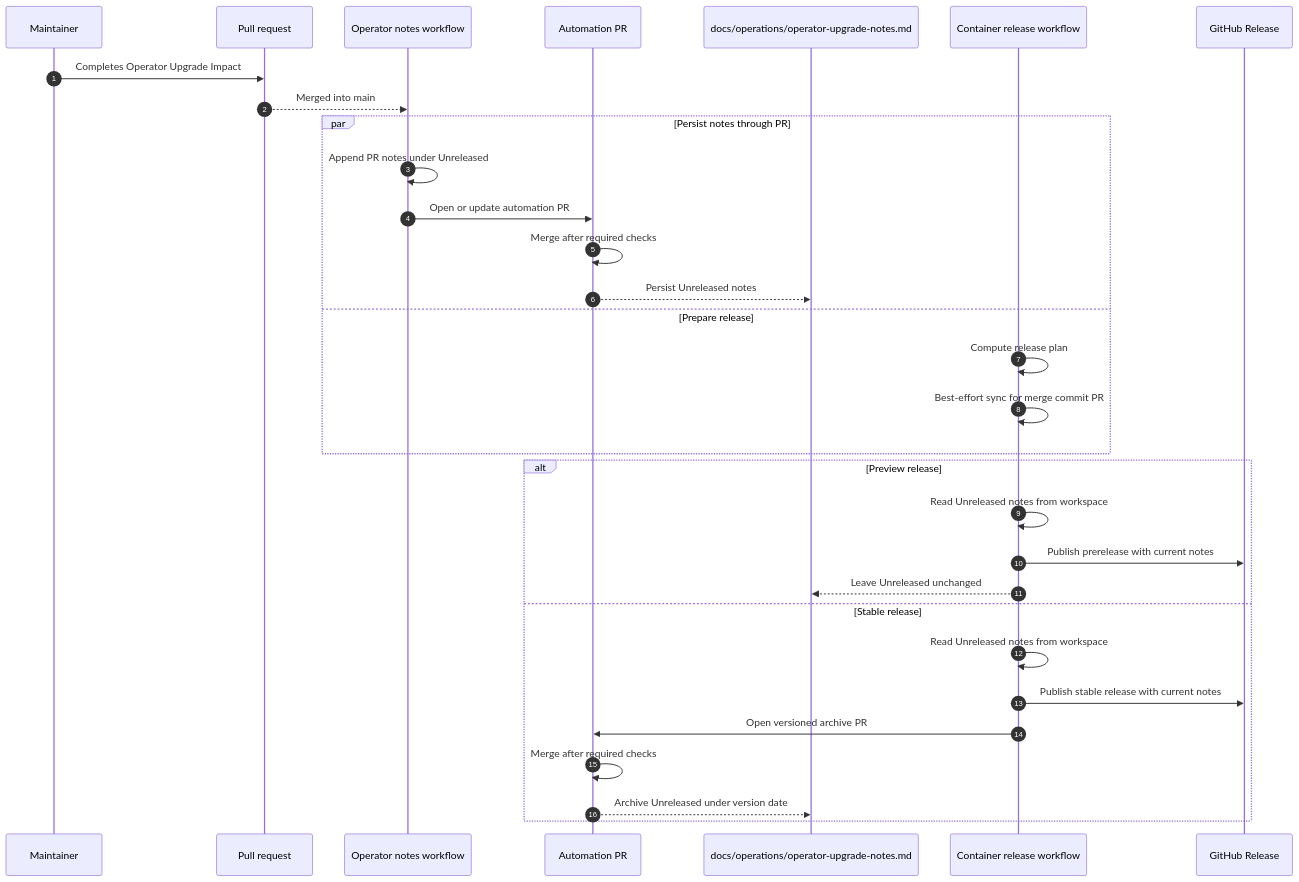
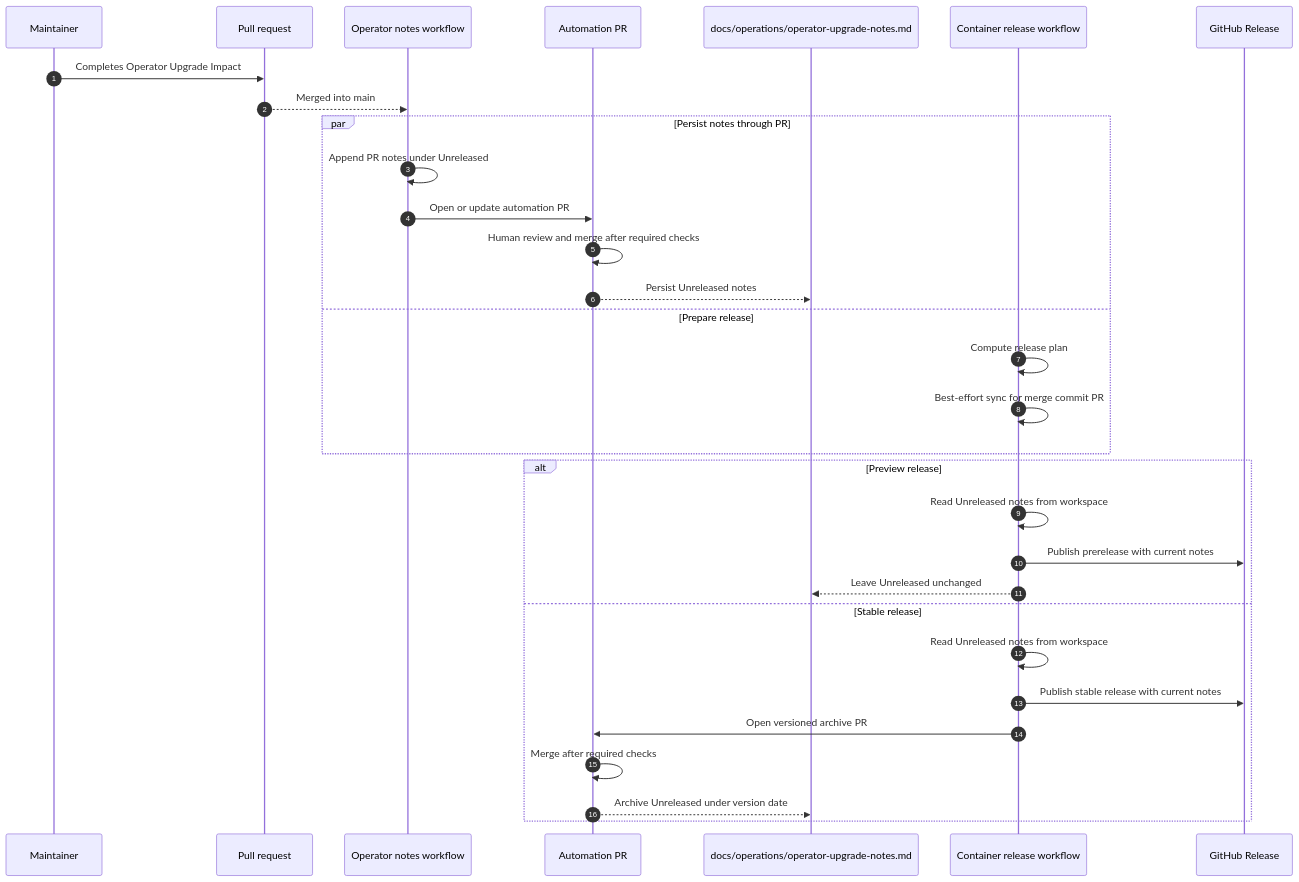
Before and after one commit to johlju/Kravhantering: the diagram in docs/development/trusted-container-publishing.md, drawn with Mermaid. The commit also changed other lines of this file and 3 other files, not shown here.

````diff
--- a/docs/development/trusted-container-publishing.md
+++ b/docs/development/trusted-container-publishing.md
@@ -281,35 +283,35 @@
 ```mermaid
 sequenceDiagram
     autonumber
     participant Maintainer
     participant PR as Pull request
     participant Notes as Operator notes workflow
     participant AutomationPR as Automation PR
     participant Main as docs/operations/operator-upgrade-notes.md
     participant Release as Container release workflow
     participant GitHub as GitHub Release
 
     Maintainer->>PR: Completes Operator Upgrade Impact
     PR-->>Notes: Merged into main
     par Persist notes through PR
         Notes->>Notes: Append PR notes under Unreleased
         Notes->>AutomationPR: Open or update automation PR
-        AutomationPR->>AutomationPR: Merge after required checks
+        AutomationPR->>AutomationPR: Human review and merge after required checks
         AutomationPR-->>Main: Persist Unreleased notes
     and Prepare release
         Release->>Release: Compute release plan
         Release->>Release: Best-effort sync for merge commit PR
     end
 
     alt Preview release
         Release->>Release: Read Unreleased notes from workspace
         Release->>GitHub: Publish prerelease with current notes
         Release-->>Main: Leave Unreleased unchanged
     else Stable release
         Release->>Release: Read Unreleased notes from workspace
         Release->>GitHub: Publish stable release with current notes
         Release->>AutomationPR: Open versioned archive PR
         AutomationPR->>AutomationPR: Merge after required checks
         AutomationPR-->>Main: Archive Unreleased under version date
     end
 ```
````
